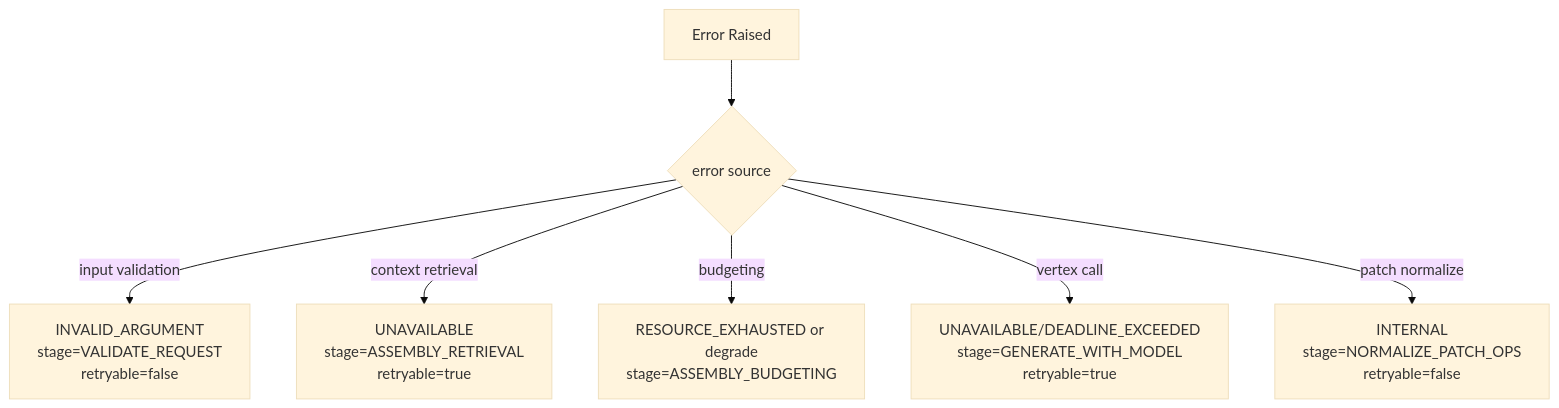
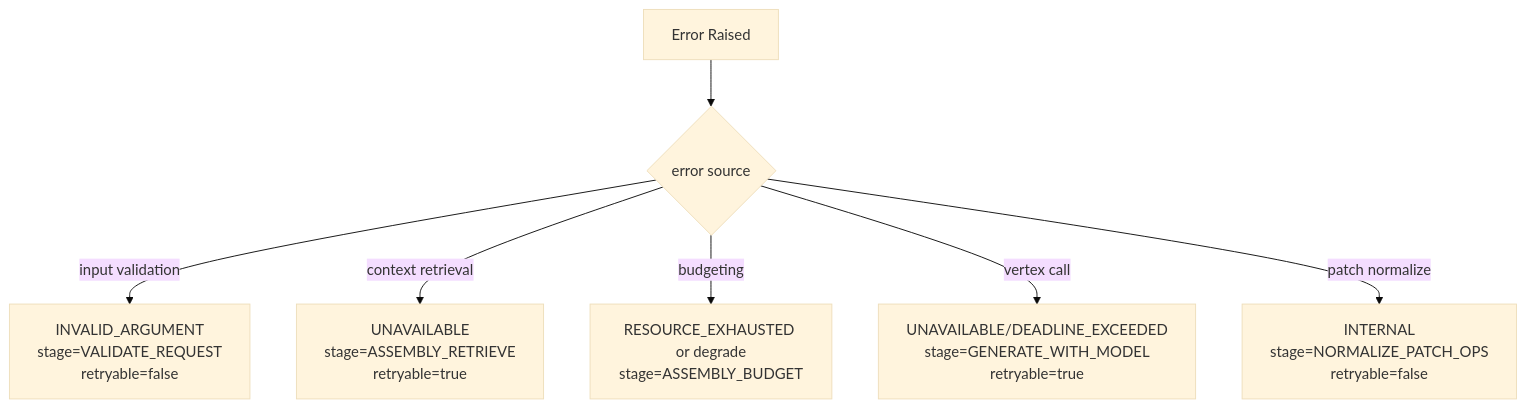
Before and after one commit to Keyhole-Koro/clarify-spec: the third of 3 diagrams in act/act-adk-worker/specs/act-adk-runtime.md, drawn with Mermaid (base theme). The commit also changed 15 other files, not shown here.

````diff
--- a/act/act-adk-worker/specs/act-adk-runtime.md
+++ b/act/act-adk-worker/specs/act-adk-runtime.md
@@ -84,9 +84,9 @@
 ```mermaid
 flowchart TD
   X[Error Raised] --> Y{error source}
   Y -->|input validation| I[INVALID_ARGUMENT<br>stage=VALIDATE_REQUEST<br>retryable=false]
-  Y -->|context retrieval| C[UNAVAILABLE<br>stage=ASSEMBLY_RETRIEVAL<br>retryable=true]
-  Y -->|budgeting| B[RESOURCE_EXHAUSTED or degrade<br>stage=ASSEMBLY_BUDGETING]
+  Y -->|context retrieval| C[UNAVAILABLE<br>stage=ASSEMBLY_RETRIEVE<br>retryable=true]
+  Y -->|budgeting| B[RESOURCE_EXHAUSTED or degrade<br>stage=ASSEMBLY_BUDGET]
   Y -->|vertex call| V[UNAVAILABLE/DEADLINE_EXCEEDED<br>stage=GENERATE_WITH_MODEL<br>retryable=true]
   Y -->|patch normalize| N[INTERNAL<br>stage=NORMALIZE_PATCH_OPS<br>retryable=false]
 ```
````
